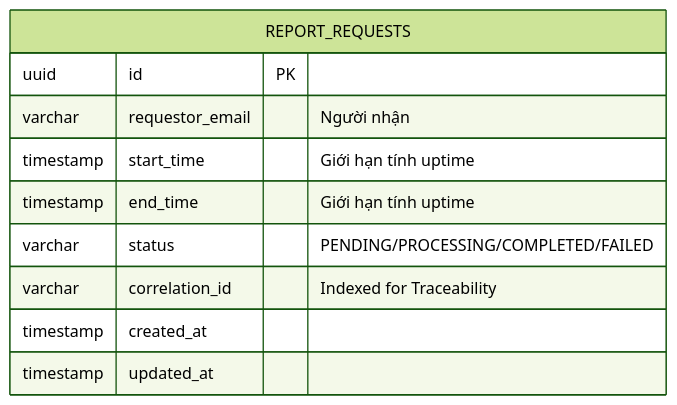
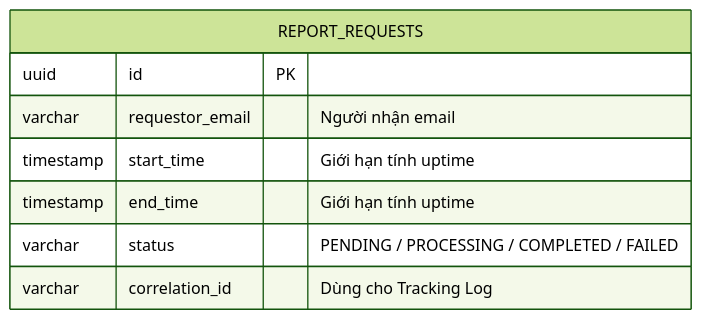
The third of 3 diagrams in docs/ARCHITECTURE.md (dinhdat07/server-management-service), drawn with Mermaid (forest theme) before and after one commit. The commit also changed other lines of this file, not shown here.

Commit message:
docs: add C4 architecture documentation for server management service

````diff
--- a/docs/ARCHITECTURE.md
+++ b/docs/ARCHITECTURE.md
@@ -253,13 +214,11 @@
 ```mermaid
 erDiagram
     REPORT_REQUESTS {
         uuid id PK
-        varchar requestor_email "Người nhận"
+        varchar requestor_email "Người nhận email"
         timestamp start_time "Giới hạn tính uptime"
         timestamp end_time "Giới hạn tính uptime"
-        varchar status "PENDING/PROCESSING/COMPLETED/FAILED"
-        varchar correlation_id "Indexed for Traceability"
-        timestamp created_at
-        timestamp updated_at
+        varchar status "PENDING / PROCESSING / COMPLETED / FAILED"
+        varchar correlation_id "Dùng cho Tracking Log"
     }
 ```
````
